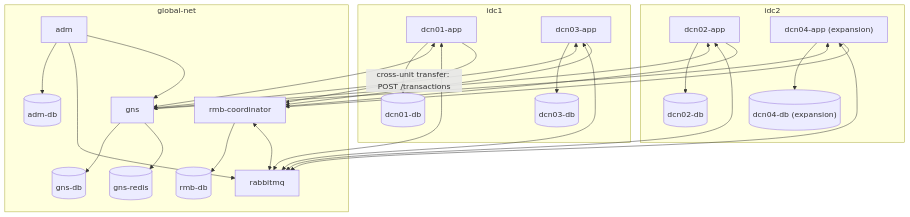
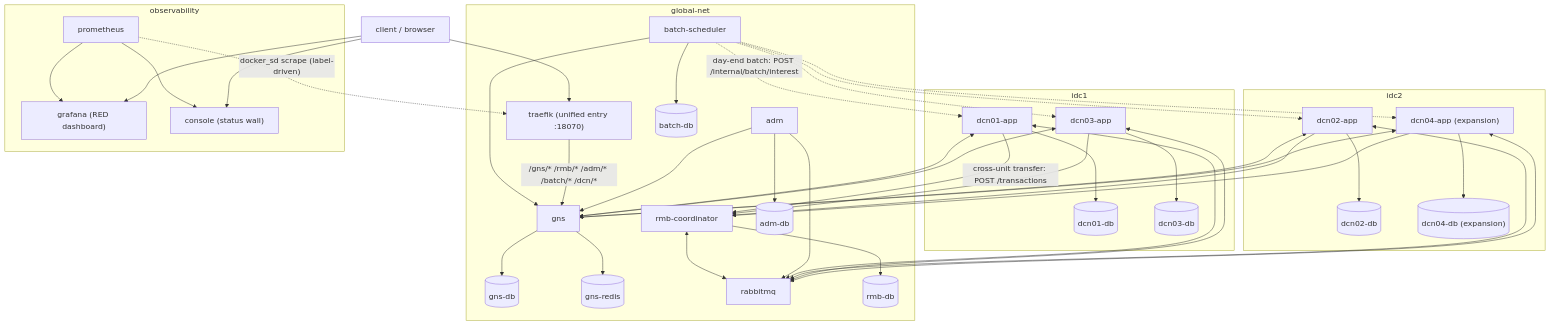
Before and after one commit to ProjAnvil/Jiade: the diagram in templates/dcn/README.md, drawn with Mermaid. The commit also changed other lines of this file and 6 other files, not shown here.

Commit message:
feat(dcn): verify gate 8 (day-end batch), docs, observability entrypoints, re-embed tar

````diff
--- a/templates/dcn/README.md
+++ b/templates/dcn/README.md
@@ -13,48 +13,70 @@
 ```mermaid
 flowchart TB
+    client["client / browser"]
     subgraph idc1["idc1"]
         dcn01app["dcn01-app"]
         dcn01db[("dcn01-db")]
         dcn03app["dcn03-app"]
         dcn03db[("dcn03-db")]
         dcn01app --> dcn01db
         dcn03app --> dcn03db
     end
     subgraph idc2["idc2"]
         dcn02app["dcn02-app"]
         dcn02db[("dcn02-db")]
         dcn04app["dcn04-app (expansion)"]
         dcn04db[("dcn04-db (expansion)")]
         dcn02app --> dcn02db
         dcn04app --> dcn04db
     end
     subgraph globalnet["global-net"]
+        traefik["traefik (unified entry :18070)"]
         gns["gns"]
         gnsdb[("gns-db")]
         redis[("gns-redis")]
         mq["rabbitmq"]
         rmb["rmb-coordinator"]
         rmbdb[("rmb-db")]
         adm["adm"]
         admdb[("adm-db")]
+        batch["batch-scheduler"]
+        batchdb[("batch-db")]
         gns --> gnsdb
         gns --> redis
         rmb --> rmbdb
         rmb <--> mq
         adm --> admdb
         adm --> mq
+        batch --> batchdb
+        batch --> gns
+        traefik -->|"/gns/* /rmb/* /adm/* /batch/* /dcn/*"| gns
     end
+    subgraph obs["observability"]
+        prom["prometheus"]
+        grafana["grafana (RED dashboard)"]
+        console["console (status wall)"]
+        prom --> grafana
+        prom --> console
+    end
+    client --> traefik
+    client --> grafana
+    client --> console
     dcn01app <--> gns
     dcn02app <--> gns
     dcn03app <--> gns
     dcn04app <--> gns
     dcn01app <--> mq
     dcn02app <--> mq
     dcn03app <--> mq
     dcn04app <--> mq
     dcn01app -->|cross-unit transfer: POST /transactions| rmb
     dcn02app --> rmb
     dcn03app --> rmb
     dcn04app --> rmb
+    batch -.->|"day-end batch: POST /internal/batch/interest"| dcn01app
+    batch -.-> dcn02app
+    batch -.-> dcn03app
+    batch -.-> dcn04app
     adm --> gns
+    prom -.->|"docker_sd scrape (label-driven)"| traefik
 ```
````
